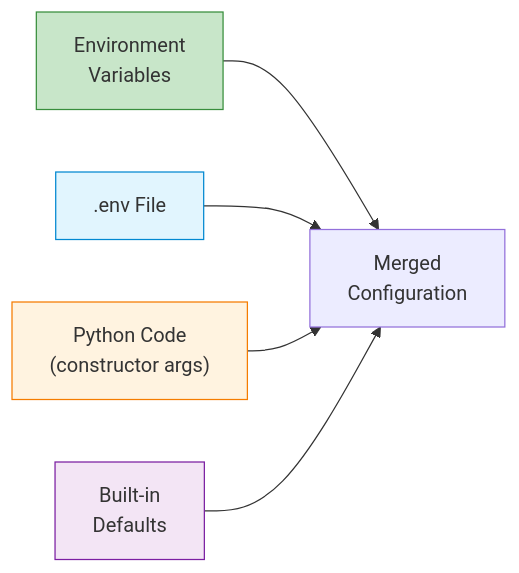
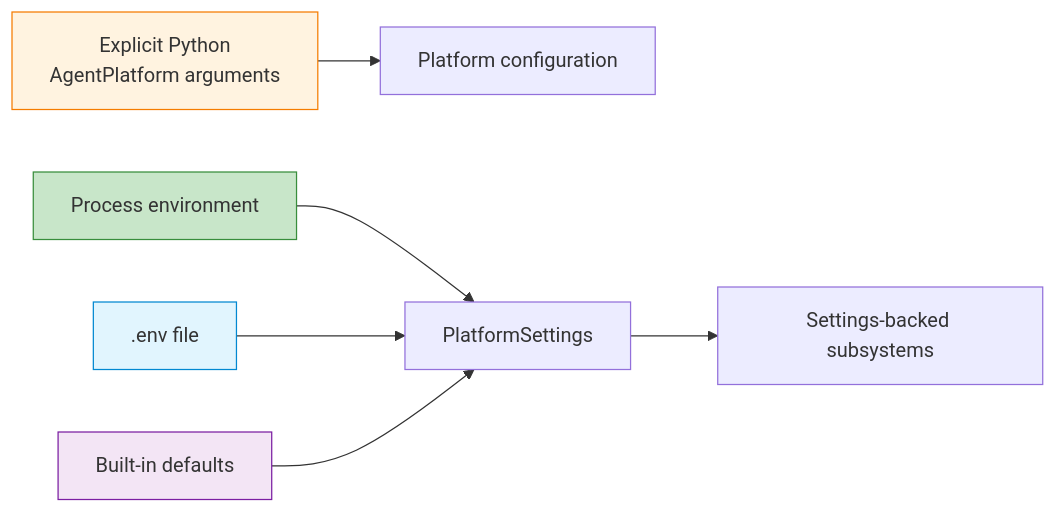
Before and after one commit to UnicoLab/agentomatic: the diagram in docs/guide/configuration.md, drawn with Mermaid. The commit also changed other lines of this file and 15 other files, not shown here.

````diff
--- a/docs/guide/configuration.md
+++ b/docs/guide/configuration.md
@@ -18,12 +33,13 @@
 ```mermaid
 flowchart LR
-    A["Environment<br/>Variables"] --> B["Merged<br/>Configuration"]
-    C[".env File"] --> B
-    D["Python Code<br/>(constructor args)"] --> B
-    E["Built-in<br/>Defaults"] --> B
+    A["Explicit Python<br/>AgentPlatform arguments"] --> B["Platform configuration"]
+    C["Process environment"] --> D["PlatformSettings"]
+    E[".env file"] --> D
+    F["Built-in defaults"] --> D
+    D --> G["Settings-backed subsystems"]
 
-    style A fill:#c8e6c9,stroke:#388e3c
-    style C fill:#e1f5fe,stroke:#0288d1
-    style D fill:#fff3e0,stroke:#f57c00
-    style E fill:#f3e5f5,stroke:#7b1fa2
+    style A fill:#fff3e0,stroke:#f57c00
+    style C fill:#c8e6c9,stroke:#388e3c
+    style E fill:#e1f5fe,stroke:#0288d1
+    style F fill:#f3e5f5,stroke:#7b1fa2
 ```
````
